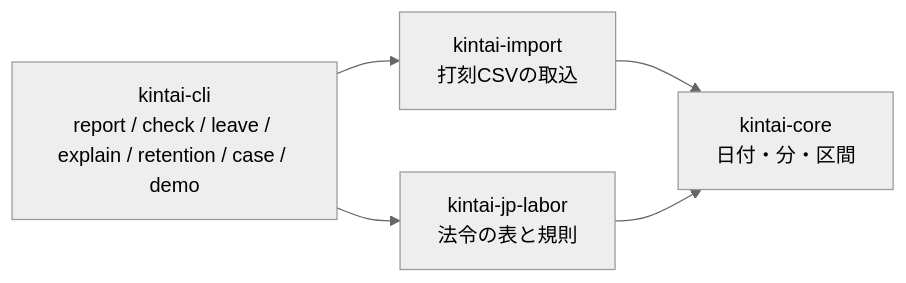
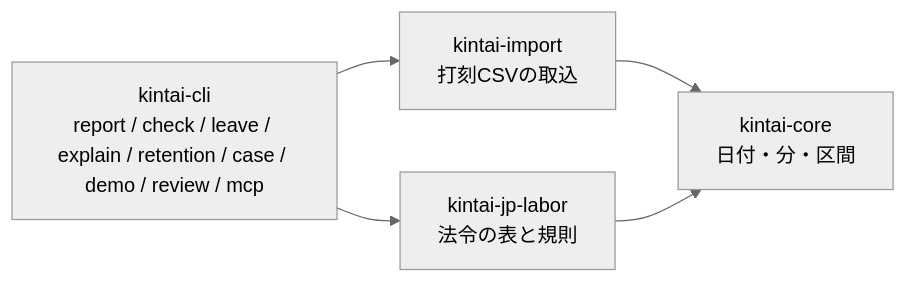
One commit to haranishi/kintai changed the diagram in docs/architecture.md. Above: the diagram before and after it, drawn with Mermaid (neutral theme). The commit also changed other lines of this file and 50 other files, not shown here.

First line of the commit message:
feat: add offline attendance review, read-only MCP and regression CI (#4)

````diff
--- a/docs/architecture.md
+++ b/docs/architecture.md
@@ -7,7 +7,7 @@
 ```mermaid
 flowchart LR
-  CLI["kintai-cli<br/>report / check / leave / explain / retention / case / demo"] --> IMP["kintai-import<br/>打刻CSVの取込"]
+  CLI["kintai-cli<br/>report / check / leave / explain / retention / case / demo / review / mcp"] --> IMP["kintai-import<br/>打刻CSVの取込"]
   CLI --> JP["kintai-jp-labor<br/>法令の表と規則"]
   IMP --> CORE["kintai-core<br/>日付・分・区間"]
   JP --> CORE
 ```
````
